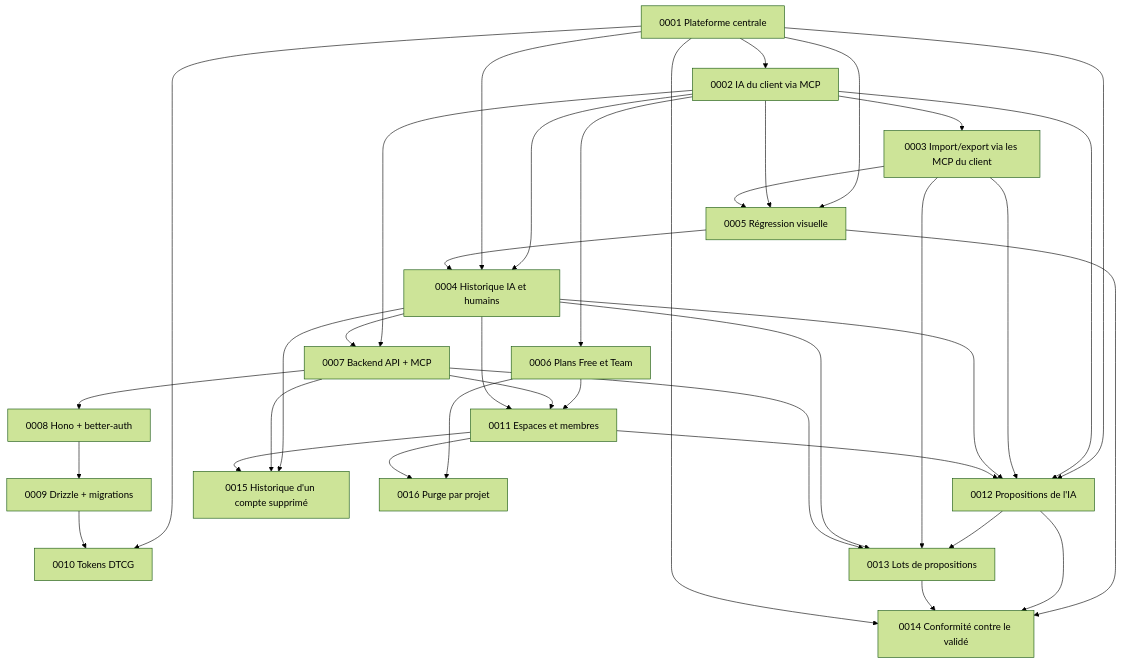
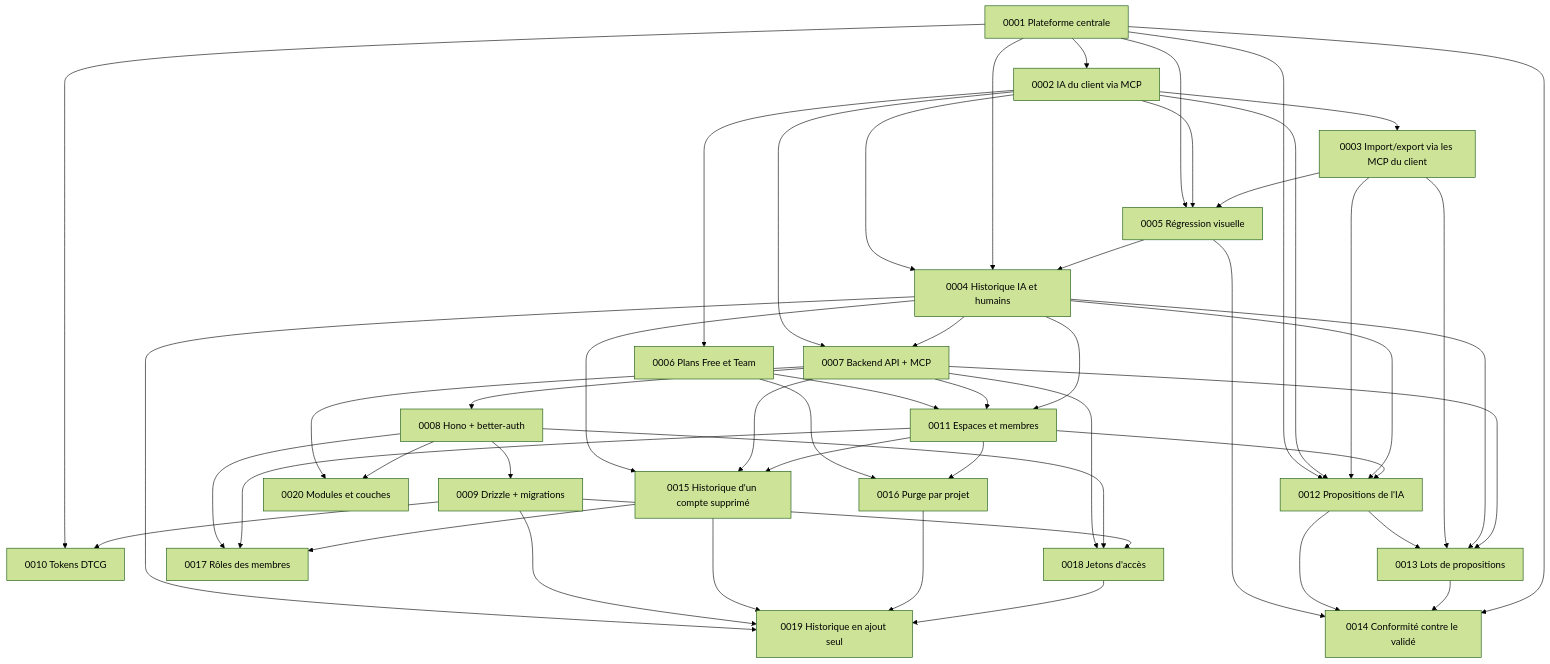
One commit to Muhammed21/dezyn changed the diagram in docs/adr/README.md. Above: the diagram before and after it, drawn with Mermaid (forest theme). The commit also changed other lines of this file and 5 other files, not shown here.

First line of the commit message:
docs(adr): ajoute les ADR 0017 à 0020 (rôles, jetons, historique, modules)

````diff
--- a/docs/adr/README.md
+++ b/docs/adr/README.md
@@ -28,39 +32,52 @@
 ```mermaid
 graph TD
   0001[0001 Plateforme centrale] --> 0002[0002 IA du client via MCP]
   0002 --> 0003[0003 Import/export via les MCP du client]
   0002 --> 0004[0004 Historique IA et humains]
   0001 --> 0004
   0001 --> 0005[0005 Régression visuelle]
   0002 --> 0005
   0003 --> 0005
   0005 --> 0004
   0002 --> 0006[0006 Plans Free et Team]
   0002 --> 0007[0007 Backend API + MCP]
   0004 --> 0007
   0007 --> 0008[0008 Hono + better-auth]
   0008 --> 0009[0009 Drizzle + migrations]
   0001 --> 0010[0010 Tokens DTCG]
   0009 --> 0010
   0006 --> 0011[0011 Espaces et membres]
   0007 --> 0011
   0004 --> 0011
   0001 --> 0012[0012 Propositions de l'IA]
   0002 --> 0012
   0003 --> 0012
   0004 --> 0012
   0011 --> 0012
   0012 --> 0013[0013 Lots de propositions]
   0003 --> 0013
   0004 --> 0013
   0007 --> 0013
   0005 --> 0014[0014 Conformité contre le validé]
   0012 --> 0014
   0013 --> 0014
   0001 --> 0014
   0004 --> 0015[0015 Historique d'un compte supprimé]
   0007 --> 0015
   0011 --> 0015
   0006 --> 0016[0016 Purge par projet]
   0011 --> 0016
+  0008 --> 0017[0017 Rôles des membres]
+  0011 --> 0017
+  0015 --> 0017
+  0007 --> 0018[0018 Jetons d'accès]
+  0008 --> 0018
+  0009 --> 0018
+  0004 --> 0019[0019 Historique en ajout seul]
+  0009 --> 0019
+  0015 --> 0019
+  0016 --> 0019
+  0018 --> 0019
+  0007 --> 0020[0020 Modules et couches]
+  0008 --> 0020
 ```
````
